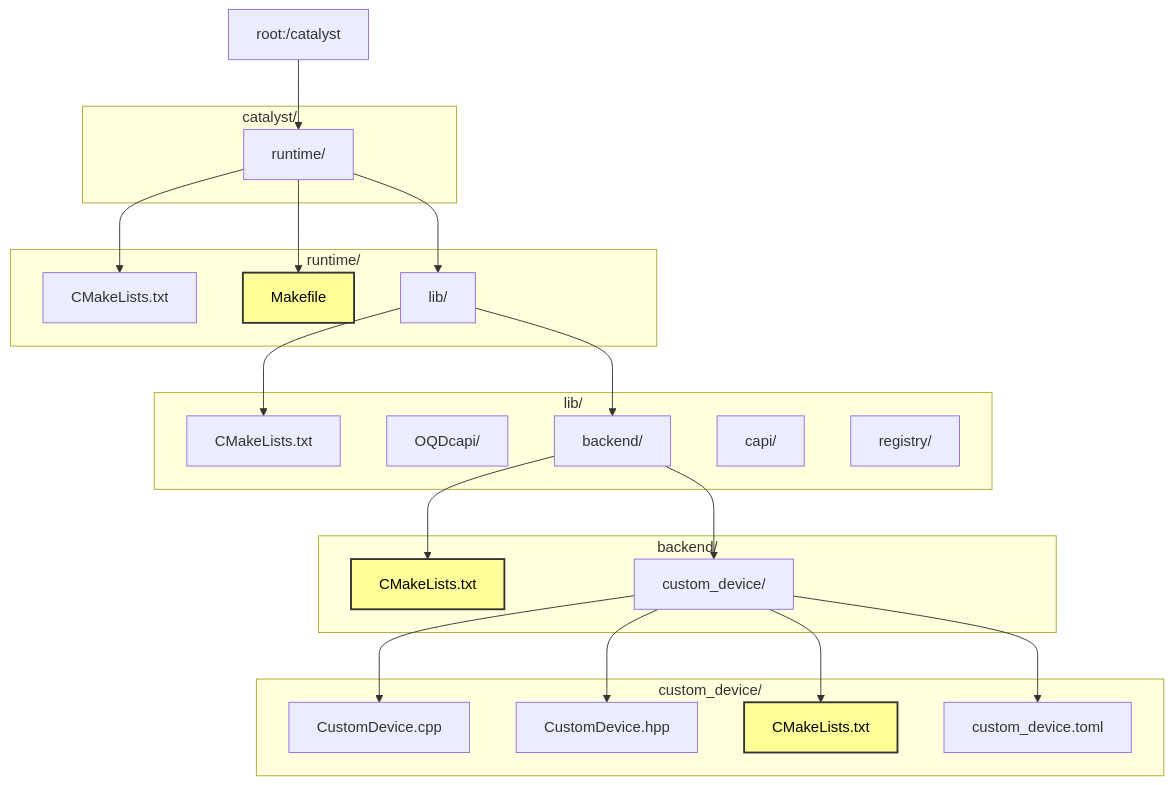
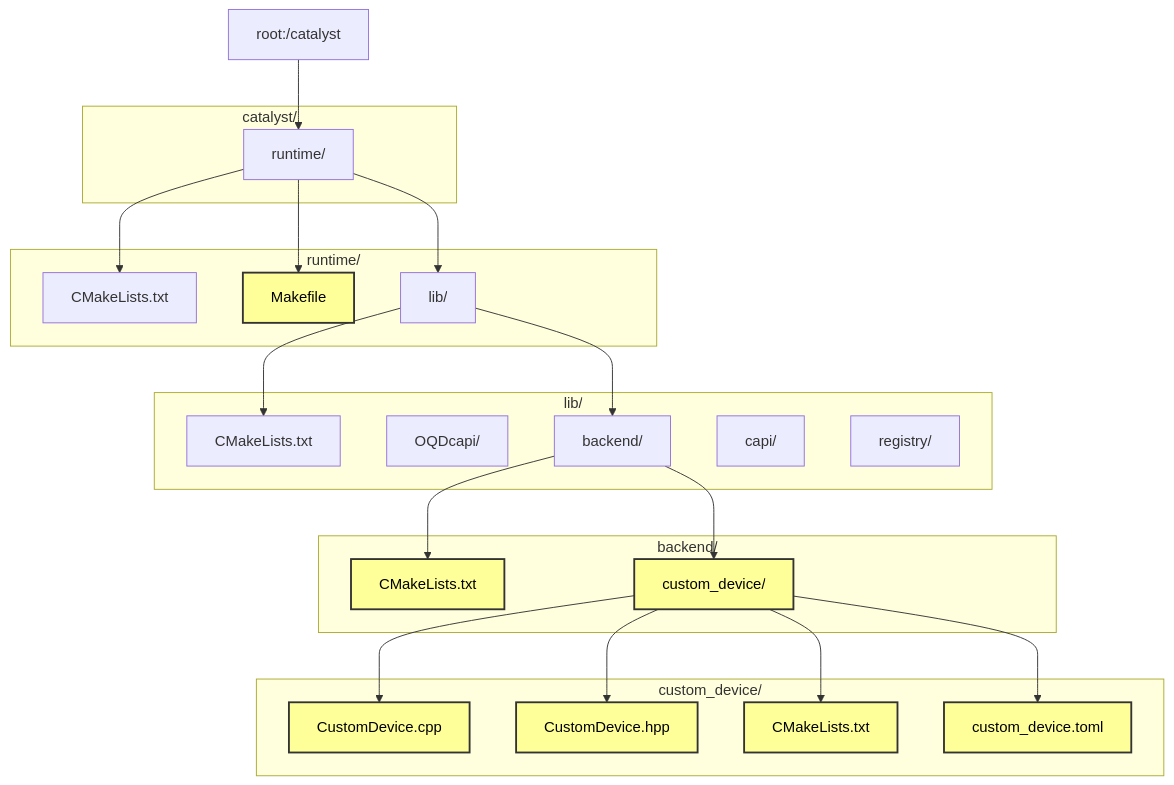
The diagram in README.md (Ameya674/how_to_add_a_custom_device_in_Catalyst), drawn with Mermaid before and after one commit.

````diff
--- a/README.md
+++ b/README.md
@@ -3,55 +3,55 @@
 ```mermaid
 graph TD
 
   A[root:/catalyst]
 
   subgraph catalyst/
     A1[runtime/]
   end
 
   subgraph runtime/
     R1[CMakeLists.txt]
     R2[Makefile]
     R3[lib/]
   end
 
   subgraph lib/
     L1[CMakeLists.txt]
     L2[OQDcapi/]
     L3[backend/]
     L4[capi/]
     L5[registry/]
   end
 
   subgraph backend/
     B1[CMakeLists.txt]
     B2[custom_device/]
   end
 
   subgraph custom_device/
     CD1[CustomDevice.cpp]
     CD2[CustomDevice.hpp]
     CD3[CMakeLists.txt]
     CD4[custom_device.toml]
   end
 
   %% Relationships
   A --> A1
   A1 --> R1
   A1 --> R2
   A1 --> R3
   R3 --> L1
   R3 --> L3
   L3 --> B1
   L3 --> B2
   B2 --> CD1
   B2 --> CD2
   B2 --> CD3
   B2 --> CD4
 
-  %% Unified yellow style for specific files only
+  %% Unified yellow style for selected nodes
   classDef yellow fill:#ffff99,stroke:#333,stroke-width:2px,color:#000;
 
-  class R2,B1,CD3 yellow;
+  class R2,B1,B2,CD1,CD2,CD3,CD4 yellow;
 
 ```
````
